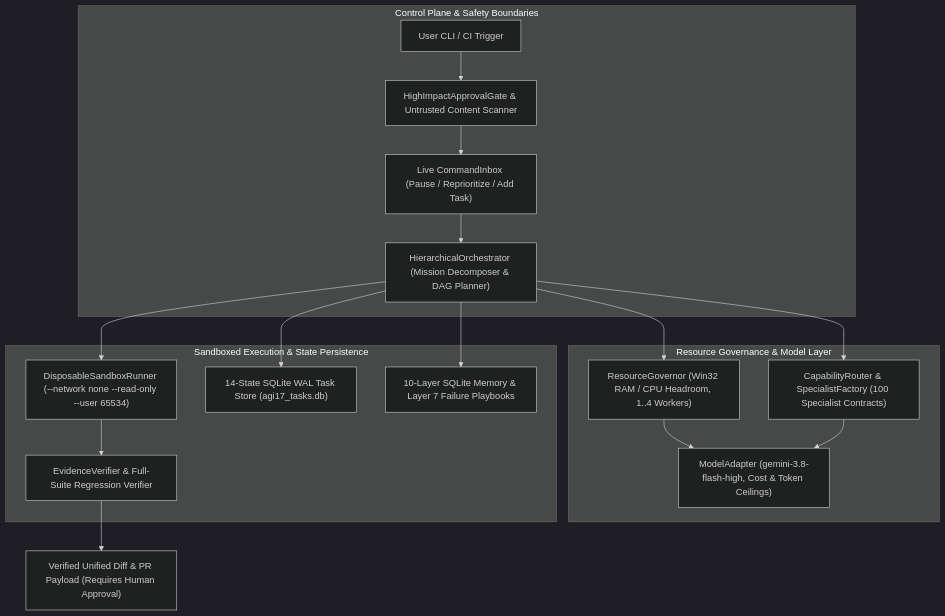
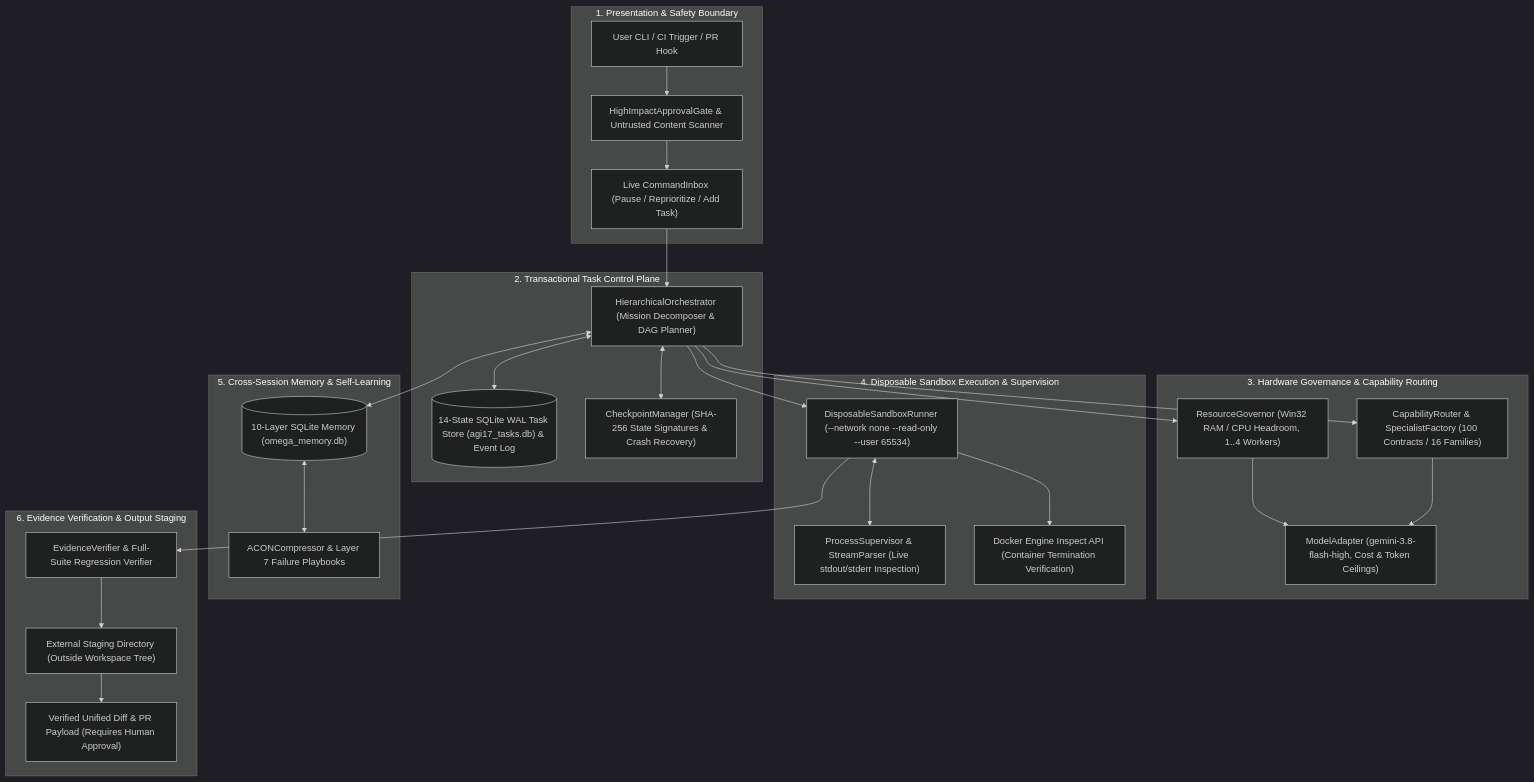
The first of 3 diagrams in README.md (Abhishek200416/AGI-1.6V), drawn with Mermaid (dark theme) before and after one commit. The commit also changed other lines of this file, not shown here.

Commit message:
docs(readme): expand architecture depth with state machine, sequence flows, embedded charts & subsystem deep-dives

````diff
--- a/README.md
+++ b/README.md
@@ -28,24 +28,37 @@
 ```mermaid
 flowchart TB
-    subgraph ControlPlane ["Control Plane & Safety Boundaries"]
-        CLI["User CLI / CI Trigger"] --> GATE["HighImpactApprovalGate & Untrusted Content Scanner"]
+    subgraph Boundary ["1. Presentation & Safety Boundary"]
+        CLI["User CLI / CI Trigger / PR Hook"] --> GATE["HighImpactApprovalGate & Untrusted Content Scanner"]
         GATE --> INBOX["Live CommandInbox (Pause / Reprioritize / Add Task)"]
-        INBOX --> ORCH["HierarchicalOrchestrator (Mission Decomposer & DAG Planner)"]
     end
 
-    subgraph Governance ["Resource Governance & Model Layer"]
+    subgraph ControlPlane ["2. Transactional Task Control Plane"]
+        INBOX --> ORCH["HierarchicalOrchestrator (Mission Decomposer & DAG Planner)"]
+        ORCH <--> TASKDB[("14-State SQLite WAL Task Store (agi17_tasks.db) & Event Log")]
+        ORCH <--> CHECK["CheckpointManager (SHA-256 State Signatures & Crash Recovery)"]
+    end
+
+    subgraph Governance ["3. Hardware Governance & Capability Routing"]
         ORCH --> GOV["ResourceGovernor (Win32 RAM / CPU Headroom, 1..4 Workers)"]
-        ORCH --> ROUTER["CapabilityRouter & SpecialistFactory (100 Specialist Contracts)"]
+        ORCH --> ROUTER["CapabilityRouter & SpecialistFactory (100 Contracts / 16 Families)"]
         GOV --> MA["ModelAdapter (gemini-3.8-flash-high, Cost & Token Ceilings)"]
         ROUTER --> MA
     end
 
-    subgraph Execution ["Sandboxed Execution & State Persistence"]
+    subgraph Execution ["4. Disposable Sandbox Execution & Supervision"]
         ORCH --> SBX["DisposableSandboxRunner (--network none --read-only --user 65534)"]
-        ORCH --> TASKDB["14-State SQLite WAL Task Store (agi17_tasks.db)"]
-        ORCH --> MEM["10-Layer SQLite Memory & Layer 7 Failure Playbooks"]
-        SBX --> VERIF["EvidenceVerifier & Full-Suite Regression Verifier"]
+        SBX <--> SUP["ProcessSupervisor & StreamParser (Live stdout/stderr Inspection)"]
+        SBX --> INSP["Docker Engine Inspect API (Container Termination Verification)"]
     end
 
-    VERIF --> OUT["Verified Unified Diff & PR Payload (Requires Human Approval)"]
+    subgraph MemoryPlane ["5. Cross-Session Memory & Self-Learning"]
+        ORCH <--> MEM[("10-Layer SQLite Memory (omega_memory.db)")]
+        MEM <--> ACON["ACONCompressor & Layer 7 Failure Playbooks"]
+    end
+
+    subgraph Verification ["6. Evidence Verification & Output Staging"]
+        SBX --> VERIF["EvidenceVerifier & Full-Suite Regression Verifier"]
+        VERIF --> STAGE["External Staging Directory (Outside Workspace Tree)"]
+        STAGE --> DIFF["Verified Unified Diff & PR Payload (Requires Human Approval)"]
+    end
 ```
````
